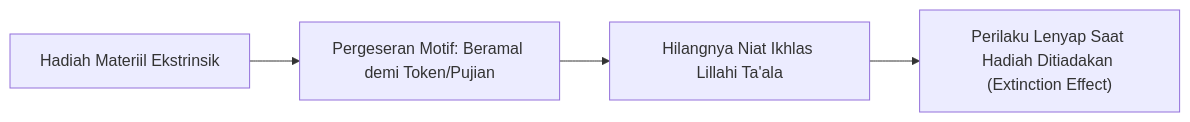
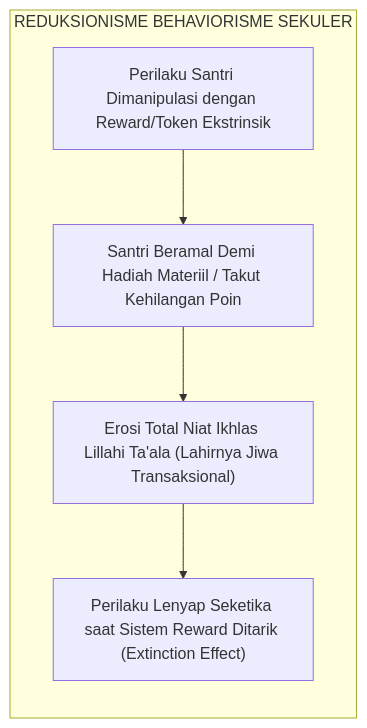
One commit to wandiapriliyandi/tumbuh changed the first of 3 diagrams in BOOK-SERIES/Volume-01/Bab-01-Krisis-Karakter-dan-Urgensi-Rekonstruksi/04-Kelemahan-Behaviorisme-Sekuler-dan-Kehampaan-Ruhani.md. Above: the diagram before and after it, drawn with Mermaid. The commit also changed other lines of this file and 4 other files, not shown here.

````diff
--- a/BOOK-SERIES/Volume-01/Bab-01-Krisis-Karakter-dan-Urgensi-Rekonstruksi/04-Kelemahan-Behaviorisme-Sekuler-dan-Kehampaan-Ruhani.md
+++ b/BOOK-SERIES/Volume-01/Bab-01-Krisis-Karakter-dan-Urgensi-Rekonstruksi/04-Kelemahan-Behaviorisme-Sekuler-dan-Kehampaan-Ruhani.md
@@ -17,6 +20,8 @@
 ```mermaid
 graph LR
-    Hadiah["Hadiah Materiil Ekstrinsik"] --> Motif["Pergeseran Motif: Beramal demi Token/Pujian"]
-    Motif --> Hilang["Hilangnya Niat Ikhlas Lillahi Ta'ala"]
-    Hilang --> Rapuh["Perilaku Lenyap Saat Hadiah Ditiadakan (Extinction Effect)"]
+    subgraph Reduksionisme["REDUKSIONISME BEHAVIORISME SEKULER"]
+        Stimulus["Perilaku Santri Dimanipulasi dengan Reward/Token Ekstrinsik"] --> MotifMekanik["Santri Beramal Demi Hadiah Materiil / Takut Kehilangan Poin"]
+        MotifMekanik --> Erosi["Erosi Total Niat Ikhlas Lillahi Ta'ala (Lahirnya Jiwa Transaksional)"]
+        Erosi --> Runtuh["Perilaku Lenyap Seketika saat Sistem Reward Ditarik (Extinction Effect)"]
+    end
 ```
````
